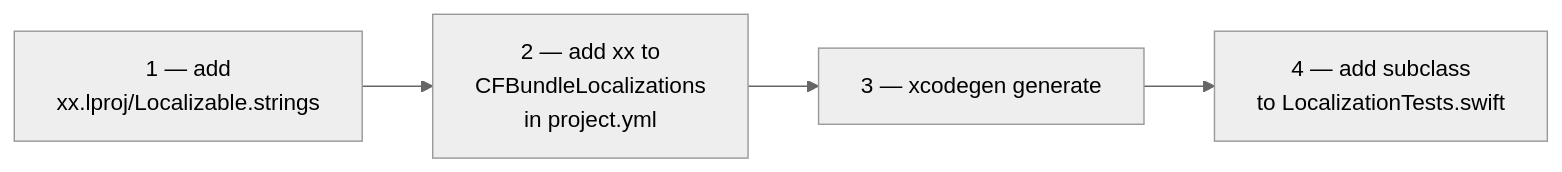
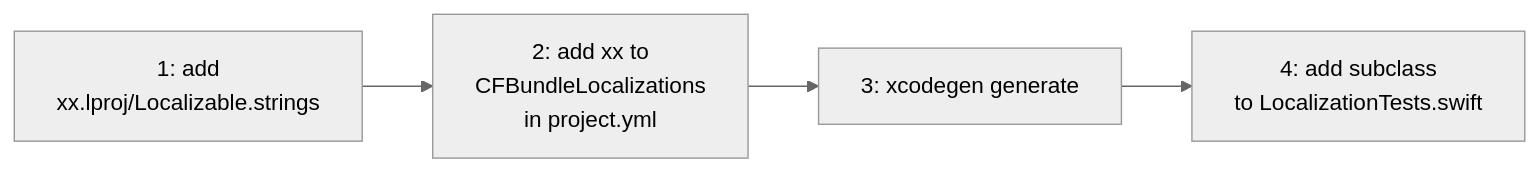
Before and after one commit to RohanImmanuel/xcui-l10n: the fourth of 4 diagrams in README.md, drawn with Mermaid (neutral theme). The commit also changed other lines of this file, not shown here.

Commit message:
style(readme): clean up punctuation

````diff
--- a/README.md
+++ b/README.md
@@ -91,6 +91,6 @@
 ```mermaid
 flowchart LR
-    A["1 — add\nxx.lproj/Localizable.strings"] --> B["2 — add xx to\nCFBundleLocalizations\nin project.yml"]
-    B --> C["3 — xcodegen generate"]
-    C --> D["4 — add subclass\nto LocalizationTests.swift"]
+    A["1: add\nxx.lproj/Localizable.strings"] --> B["2: add xx to\nCFBundleLocalizations\nin project.yml"]
+    B --> C["3: xcodegen generate"]
+    C --> D["4: add subclass\nto LocalizationTests.swift"]
 ```
````
